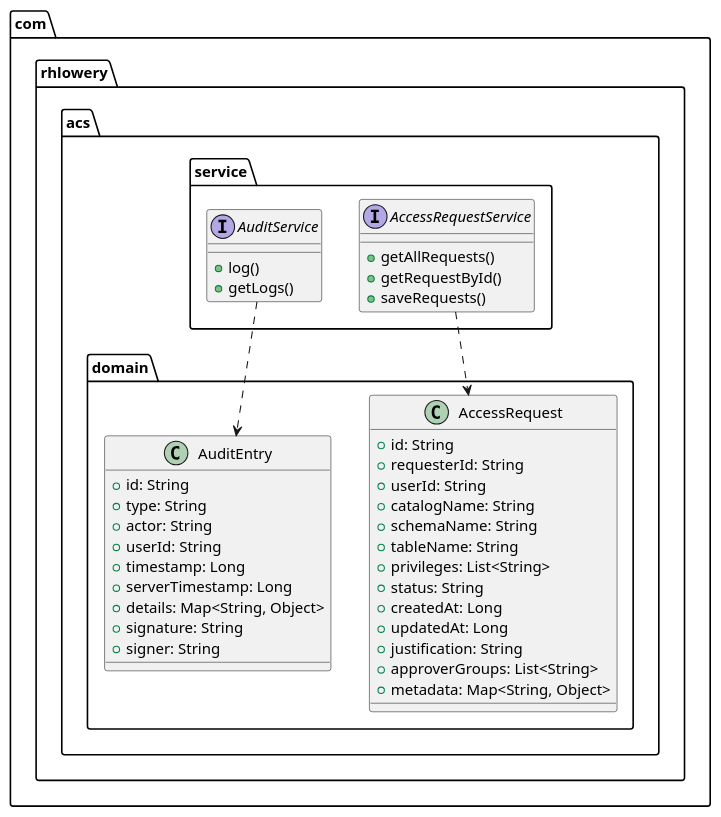
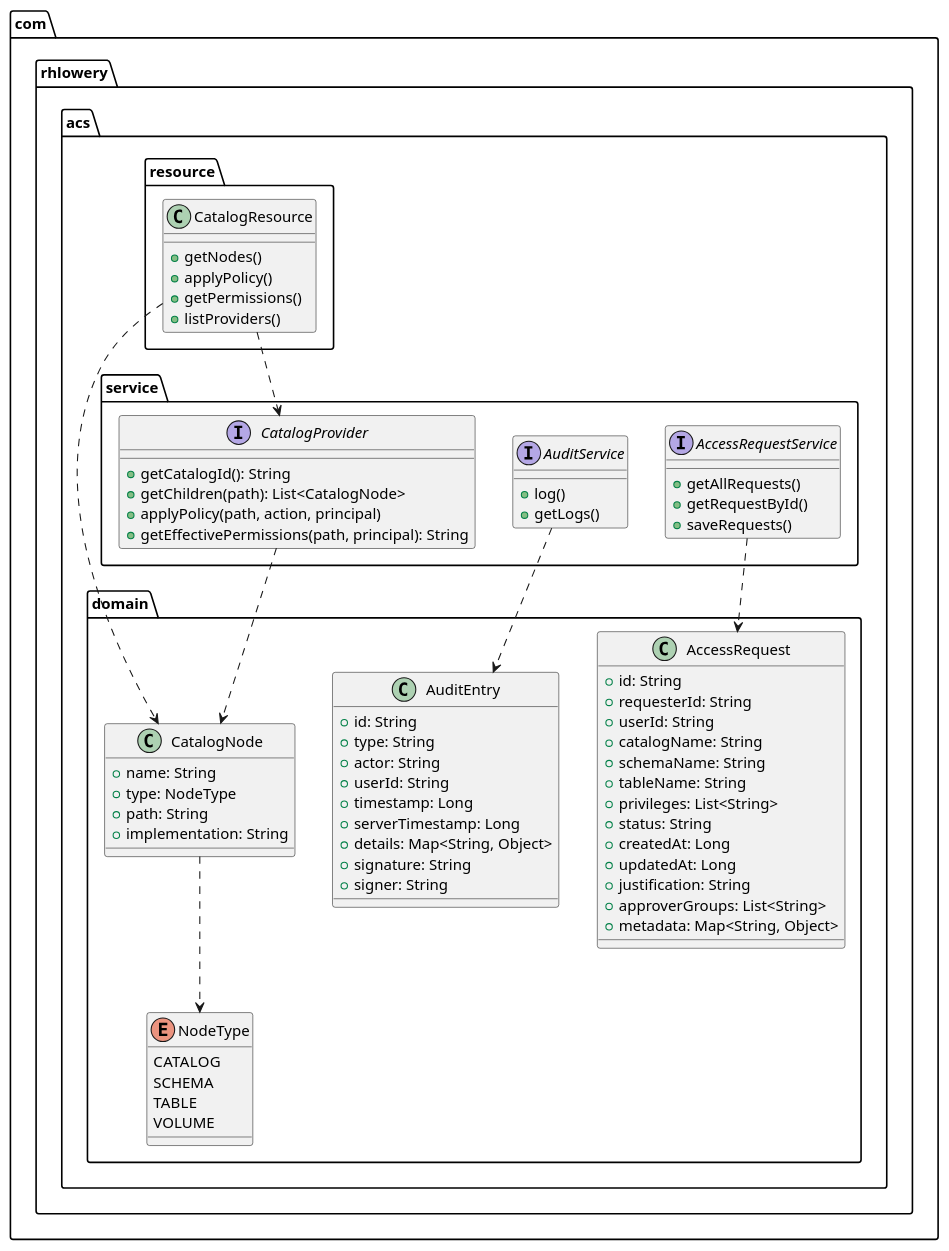
Before and after one commit to rhlowery/acs-backend: the diagram in src/site/plantuml/classes.puml, drawn with PlantUML. The commit also changed 30 other files, not shown here.

Commit message:
feat: Implement a new catalog service with multiple node providers, domain objects, and associated testing and build system updates.

```diff
--- a/src/site/plantuml/classes.puml
+++ b/src/site/plantuml/classes.puml
@@ -1,47 +1,81 @@
 @startuml
 package "com.rhlowery.acs.domain" {
     class AccessRequest {
         +id: String
         +requesterId: String
         +userId: String
         +catalogName: String
         +schemaName: String
         +tableName: String
         +privileges: List<String>
         +status: String
         +createdAt: Long
         +updatedAt: Long
         +justification: String
         +approverGroups: List<String>
         +metadata: Map<String, Object>
     }
 
     class AuditEntry {
         +id: String
         +type: String
         +actor: String
         +userId: String
         +timestamp: Long
         +serverTimestamp: Long
         +details: Map<String, Object>
         +signature: String
         +signer: String
     }
+
+    class CatalogNode {
+        +name: String
+        +type: NodeType
+        +path: String
+        +implementation: String
+    }
+
+    enum NodeType {
+        CATALOG
+        SCHEMA
+        TABLE
+        VOLUME
+    }
 }
 
 package "com.rhlowery.acs.service" {
     interface AccessRequestService {
         +getAllRequests()
         +getRequestById()
         +saveRequests()
     }
 
     interface AuditService {
         +log()
         +getLogs()
     }
+
+    interface CatalogProvider {
+        +getCatalogId(): String
+        +getChildren(path): List<CatalogNode>
+        +applyPolicy(path, action, principal)
+        +getEffectivePermissions(path, principal): String
+    }
+}
+
+package "com.rhlowery.acs.resource" {
+    class CatalogResource {
+        +getNodes()
+        +applyPolicy()
+        +getPermissions()
+        +listProviders()
+    }
 }
 
 AccessRequestService ..> AccessRequest
 AuditService ..> AuditEntry
+CatalogResource ..> CatalogProvider
+CatalogResource ..> CatalogNode
+CatalogProvider ..> CatalogNode
+CatalogNode ..> NodeType
 @enduml
```
